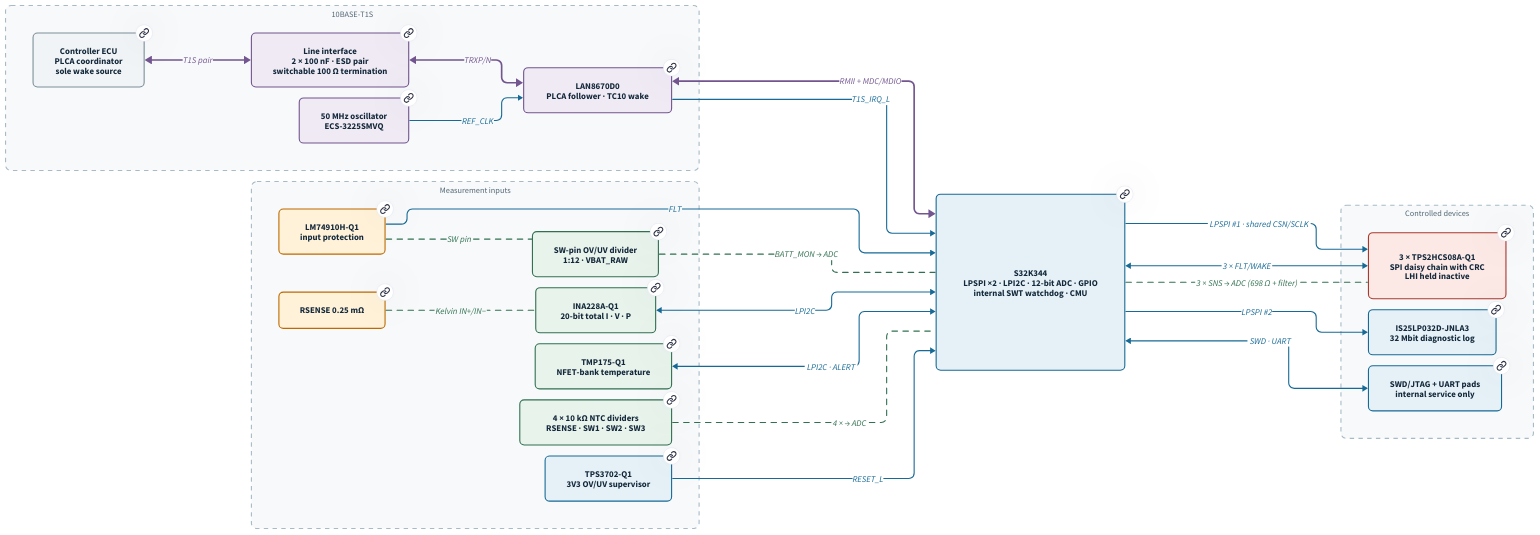
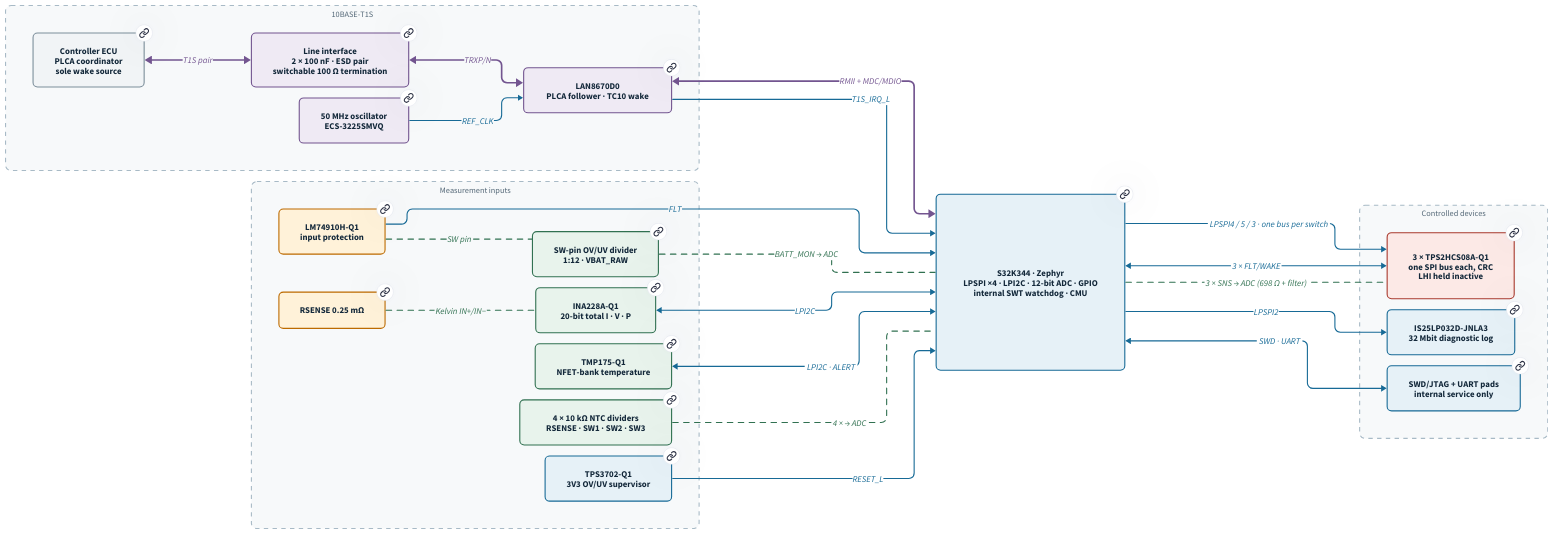
One commit to karlTbowers/node60-hw changed the diagram in docs/src/diagrams/signals.d2. Above: the diagram before and after it, drawn with D2. The commit also changed 19 other files, not shown here.

First line of the commit message:
One LPSPI bus per output switch (DEC-018); Zephyr as core RTOS (DEC-019)

```diff
--- a/docs/src/diagrams/signals.d2
+++ b/docs/src/diagrams/signals.d2
@@ -1,74 +1,74 @@
 # Node60 · Signal architecture, digital and analog (Architecture Rev A)
 # Inputs on the left, MCU in the middle, outputs on the right.
 # Solid = digital (purple: network, blue: control buses). Dashed green = analog into the MCU ADC.
 # Every block links to its subsystem page (site-relative; the D2Diagram component adds the base path).
 
 direction: right
 
 vars: {
   d2-config: {
     layout-engine: elk
   }
 }
 
 classes: {
   external: {style: {fill: "#f1f4f6"; stroke: "#7d8f9b"; stroke-width: 2; border-radius: 8; font-color: "#13283a"}}
   network: {style: {fill: "#efeaf4"; stroke: "#735590"; stroke-width: 2; border-radius: 8; font-color: "#13283a"}}
   compute: {style: {fill: "#e6f1f7"; stroke: "#176a96"; stroke-width: 2; border-radius: 8; font-color: "#13283a"}}
   sense: {style: {fill: "#e8f3ec"; stroke: "#317151"; stroke-width: 2; border-radius: 8; font-color: "#13283a"}}
   battery: {style: {fill: "#fff2d9"; stroke: "#bd6b00"; stroke-width: 2; border-radius: 8; font-color: "#13283a"}}
   load: {style: {fill: "#fce9e6"; stroke: "#a9392d"; stroke-width: 2; border-radius: 8; font-color: "#13283a"}}
   group: {style: {fill: "#f7f9fa"; stroke: "#a8bac6"; stroke-dash: 4; border-radius: 10; font-color: "#536776"; font-size: 15}}
   net: {style: {stroke: "#735590"; stroke-width: 3; font-color: "#735590"}}
   dig: {style: {stroke: "#176a96"; stroke-width: 2; font-color: "#176a96"}}
   ana: {style: {stroke: "#317151"; stroke-width: 2; stroke-dash: 5; font-color: "#317151"}}
 }
 
 network: "10BASE-T1S" {
   class: group
   ecu: "Controller ECU\nPLCA coordinator\nsole wake source" {class: external; link: "/subsystems/harness/"}
   line: "Line interface\n2 × 100 nF · ESD pair\nswitchable 100 Ω termination" {class: network; link: "/subsystems/network/"}
   phy: "LAN8670D0\nPLCA follower · TC10 wake" {class: network; link: "/subsystems/network/"}
   osc: "50 MHz oscillator\nECS-3225SMVQ" {class: network; link: "/subsystems/network/"}
 }
 
 sensing: "Measurement inputs" {
   class: group
   lm: "LM74910H-Q1\ninput protection" {class: battery; link: "/subsystems/power/"}
   rsense: "RSENSE 0.25 mΩ" {class: battery; link: "/subsystems/power/"}
   div: "SW-pin OV/UV divider\n1:12 · VBAT_RAW" {class: sense; link: "/subsystems/power/"}
   ina: "INA228A-Q1\n20-bit total I · V · P" {class: sense; link: "/subsystems/power/"}
   tmp: "TMP175-Q1\nNFET-bank temperature" {class: sense; link: "/subsystems/temperature/"}
   ntc: "4 × 10 kΩ NTC dividers\nRSENSE · SW1 · SW2 · SW3" {class: sense; link: "/subsystems/temperature/"}
   sup: "TPS3702-Q1\n3V3 OV/UV supervisor" {class: compute; link: "/subsystems/supervision/"}
 }
 
-mcu: "S32K344\nLPSPI ×2 · LPI2C · 12-bit ADC · GPIO\ninternal SWT watchdog · CMU" {class: compute; link: "/subsystems/compute/"}
+mcu: "S32K344 · Zephyr\nLPSPI ×4 · LPI2C · 12-bit ADC · GPIO\ninternal SWT watchdog · CMU" {class: compute; link: "/subsystems/compute/"}
 
 outputs: "Controlled devices" {
   class: group
-  sw: "3 × TPS2HCS08A-Q1\nSPI daisy chain with CRC\nLHI held inactive" {class: load; link: "/subsystems/outputs/"}
+  sw: "3 × TPS2HCS08A-Q1\none SPI bus each, CRC\nLHI held inactive" {class: load; link: "/subsystems/outputs/"}
   flash: "IS25LP032D-JNLA3\n32 Mbit diagnostic log" {class: compute; link: "/subsystems/firmware/"}
   dbg: "SWD/JTAG + UART pads\ninternal service only" {class: compute; link: "/subsystems/compute/"}
 }
 
 network.ecu <-> network.line: "T1S pair" {class: net}
 network.line <-> network.phy: "TRXP/N" {class: net}
 network.osc -> network.phy: "REF_CLK" {class: dig}
 network.phy <-> mcu: "RMII + MDC/MDIO" {class: net}
 network.phy -> mcu: "T1S_IRQ_L" {class: dig}
 
 sensing.rsense -- sensing.ina: "Kelvin IN+/IN−" {class: ana}
 sensing.lm -- sensing.div: "SW pin" {class: ana}
 sensing.div -- mcu: "BATT_MON → ADC" {class: ana}
 sensing.ntc -- mcu: "4 × → ADC" {class: ana}
 sensing.ina <-> mcu: "LPI2C" {class: dig}
 sensing.tmp <-> mcu: "LPI2C · ALERT" {class: dig}
 sensing.lm -> mcu: "FLT" {class: dig}
 sensing.sup -> mcu: "RESET_L" {class: dig}
 
-mcu -> outputs.sw: "LPSPI #1 · shared CSN/SCLK" {class: dig}
+mcu -> outputs.sw: "LPSPI4 / 5 / 3 · one bus per switch" {class: dig}
 mcu <-> outputs.sw: "3 × FLT/WAKE" {class: dig}
 mcu -- outputs.sw: "3 × SNS → ADC (698 Ω + filter)" {class: ana}
-mcu -> outputs.flash: "LPSPI #2" {class: dig}
+mcu -> outputs.flash: "LPSPI2" {class: dig}
 mcu <-> outputs.dbg: "SWD · UART" {class: dig}
```
